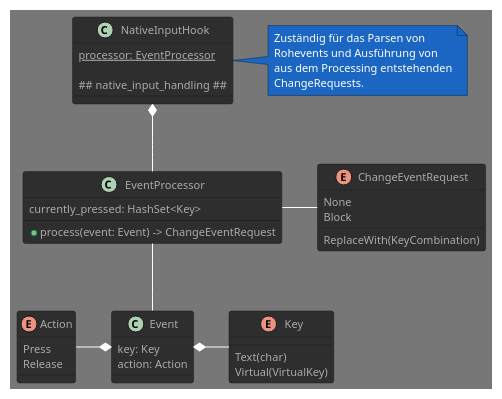
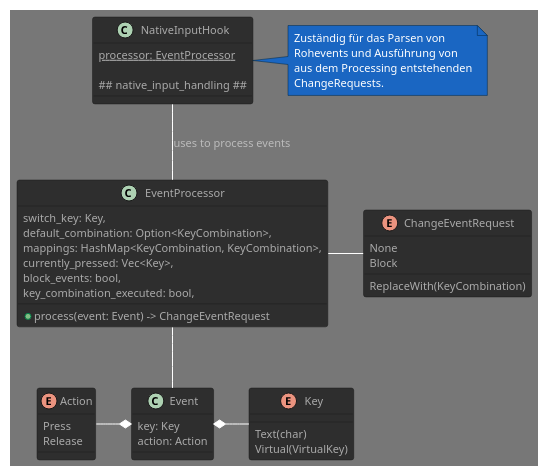
One commit to marchaen/another-keyboard-layer changed the first of 4 diagrams in README.adoc. Above: the diagram before and after it, drawn with PlantUML. The commit also changed other lines of this file and 6 other files, not shown here.

```diff
--- a/README.adoc
+++ b/README.adoc
@@ -69,53 +70,58 @@
 [plantuml, target="keyboard-input-event-abstraction", format=svg]
 ....
 @startuml
 !theme reddress-darkblue
 
 enum Key {
     Text(char)
     Virtual(VirtualKey)
 }
 
 enum Action {
     Press
     Release
 }
 
 class Event {
     key: Key
     action: Action
 }
 
 enum ChangeEventRequest {
     None
     Block
     ReplaceWith(KeyCombination)
 }
 
 class EventProcessor {
-    currently_pressed: HashSet<Key>
+    switch_key: Key,
+    default_combination: Option<KeyCombination>,
+    mappings: HashMap<KeyCombination, KeyCombination>,
+    currently_pressed: Vec<Key>,
+    block_events: bool,
+    key_combination_executed: bool,
     +process(event: Event) -> ChangeEventRequest
 }
 
 class NativeInputHook {
     {static} processor: EventProcessor
 
     ## native_input_handling ##
 
 }
 
 note right of NativeInputHook
 Zuständig für das Parsen von
 Rohevents und Ausführung von
 aus dem Processing entstehenden
 ChangeRequests.
 end note
 
 Event *- Key
 Action -* Event
 EventProcessor - ChangeEventRequest
 EventProcessor -- Event
-NativeInputHook *-- EventProcessor
+NativeInputHook -- EventProcessor : uses to process events
 
 @enduml
 ....
```
